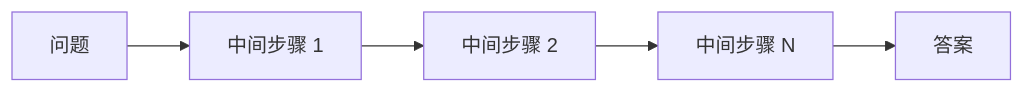
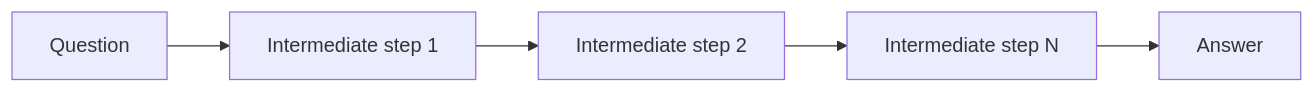
Before and after one commit to oneleaveknowsthefall/awesome-ai-roadmap: the fourth of 17 diagrams in docs/agent/02-reasoning-planning/05-agent-reasoning-methods.md, drawn with Mermaid. The commit also changed other lines of this file and 68 other files, not shown here.

````diff
--- a/docs/agent/02-reasoning-planning/05-agent-reasoning-methods.md
+++ b/docs/agent/02-reasoning-planning/05-agent-reasoning-methods.md
@@ -146,7 +146,7 @@
 ```mermaid
 flowchart LR
-    Q[问题] --> S1[中间步骤 1]
-    S1 --> S2[中间步骤 2]
-    S2 --> S3[中间步骤 N]
-    S3 --> A[答案]
+    Q[Question] --> S1[Intermediate step 1]
+    S1 --> S2[Intermediate step 2]
+    S2 --> S3[Intermediate step N]
+    S3 --> A[Answer]
 ```
````
